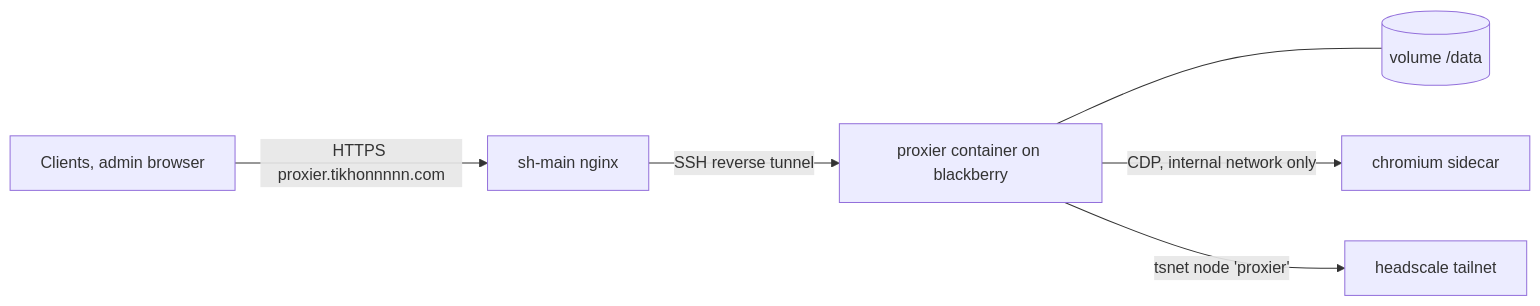
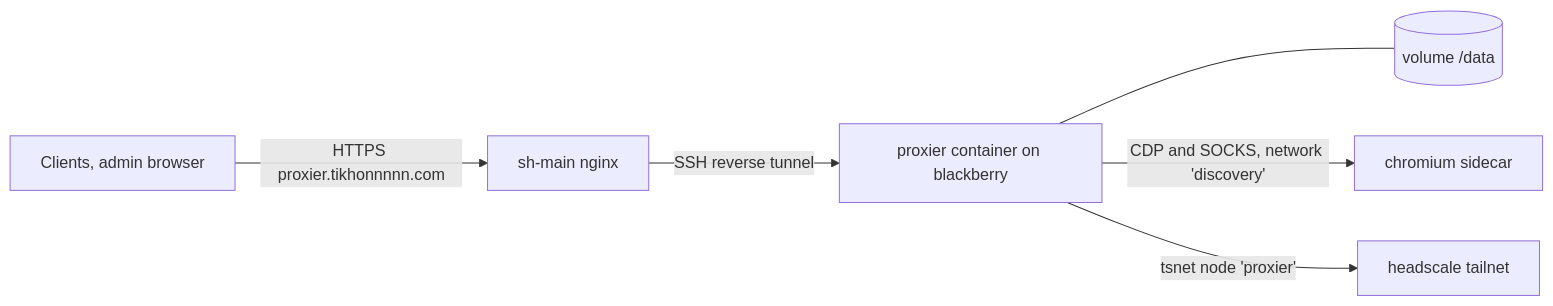
One commit to tikhonp/proxier changed the diagram in docs/deployment.md. Above: the diagram before and after it, drawn with Mermaid. The commit also changed other lines of this file and 56 other files, not shown here.

````diff
--- a/docs/deployment.md
+++ b/docs/deployment.md
@@ -7,8 +7,8 @@
 ```mermaid
 flowchart LR
     C[Clients, admin browser] -- HTTPS proxier.tikhonnnnn.com --> N[sh-main nginx]
     N -- SSH reverse tunnel --> P[proxier container on blackberry]
     P --- V[(volume /data)]
-    P -- CDP, internal network only --> B[chromium sidecar]
+    P -- CDP and SOCKS, network 'discovery' --> B[chromium sidecar]
     P -- tsnet node 'proxier' --> H[headscale tailnet]
 ```
````
